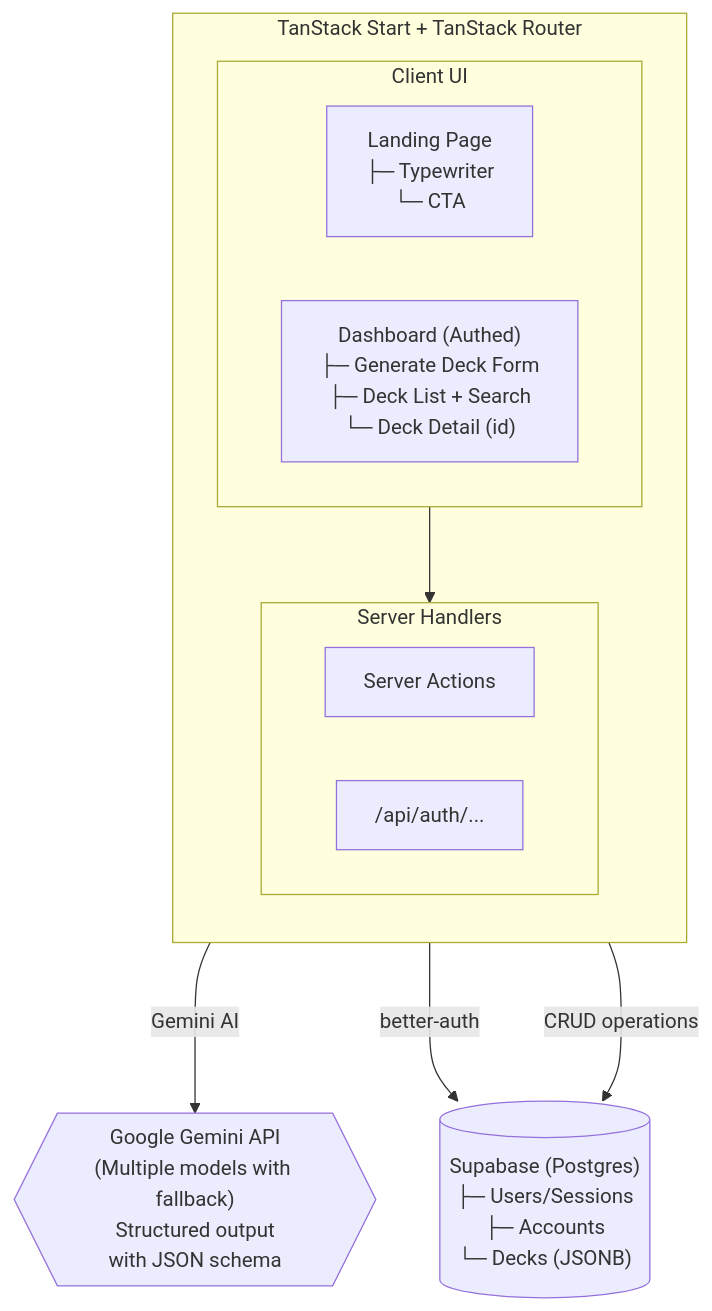
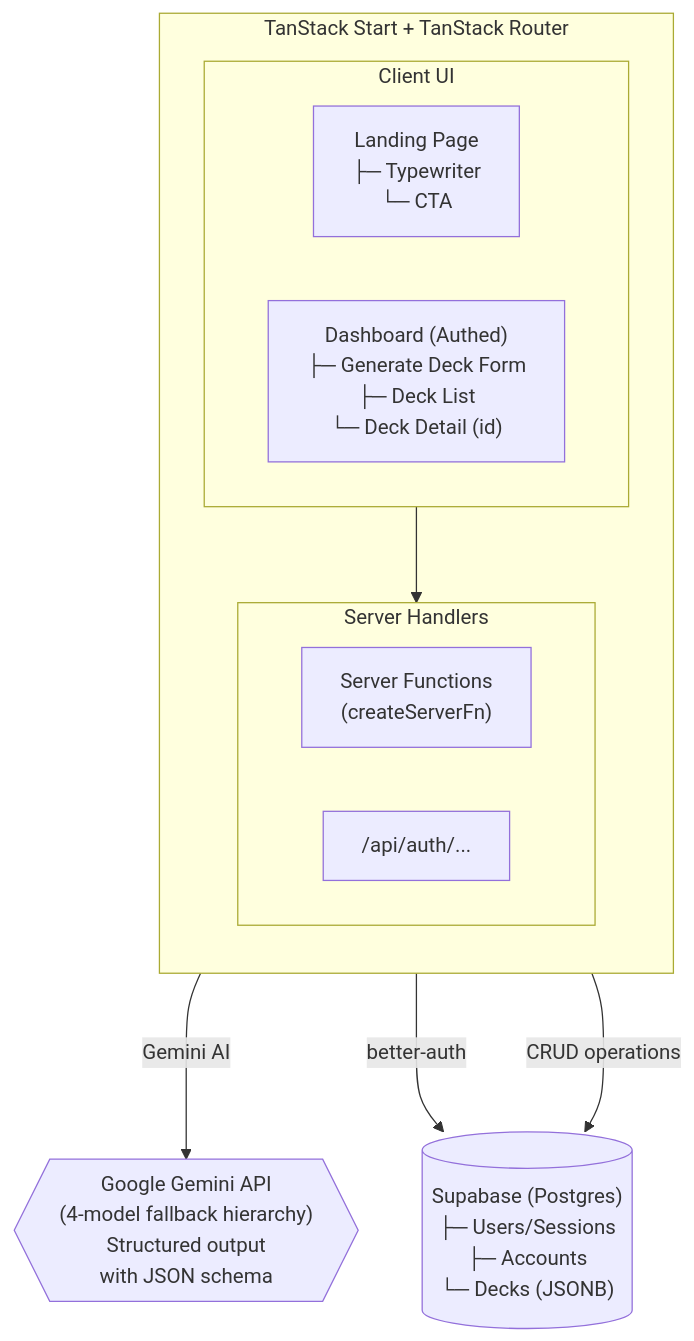
Before and after one commit to zek01svg/vibecards: the diagram in README.md, drawn with Mermaid. The commit also changed other lines of this file and 2 other files, not shown here.

````diff
--- a/README.md
+++ b/README.md
@@ -13,27 +13,27 @@
 ```mermaid
 flowchart TD
     subgraph TanStack["TanStack Start + TanStack Router"]
         direction TB
 
         subgraph Pages["Client UI"]
             direction LR
             Landing["Landing Page<br/>├─ Typewriter<br/>└─ CTA"]
-            Dashboard["Dashboard (Authed)<br/>├─ Generate Deck Form<br/>├─ Deck List + Search<br/>└─ Deck Detail (id)"]
+            Dashboard["Dashboard (Authed)<br/>├─ Generate Deck Form<br/>├─ Deck List<br/>└─ Deck Detail (id)"]
         end
 
         subgraph Server["Server Handlers"]
             direction LR
-            ServerActions["Server Actions"]
+            ServerFns["Server Functions<br/>(createServerFn)"]
             AuthAPI["/api/auth/..."]
         end
 
     Pages --> Server
     end
 
     Supabase[("Supabase (Postgres)<br/>├─ Users/Sessions<br/>├─ Accounts<br/>└─ Decks (JSONB)")]
-    Gemini{{"Google Gemini API<br/>(Multiple models with fallback)<br/>Structured output<br/>with JSON schema"}}
+    Gemini{{"Google Gemini API<br/>(4-model fallback hierarchy)<br/>Structured output<br/>with JSON schema"}}
 
-    ServerActions -- "Gemini AI" ---> Gemini
+    ServerFns -- "Gemini AI" ---> Gemini
     AuthAPI -- "better-auth" ---> Supabase
-    ServerActions -- "CRUD operations" ---> Supabase
+    ServerFns -- "CRUD operations" ---> Supabase
 ```
````
